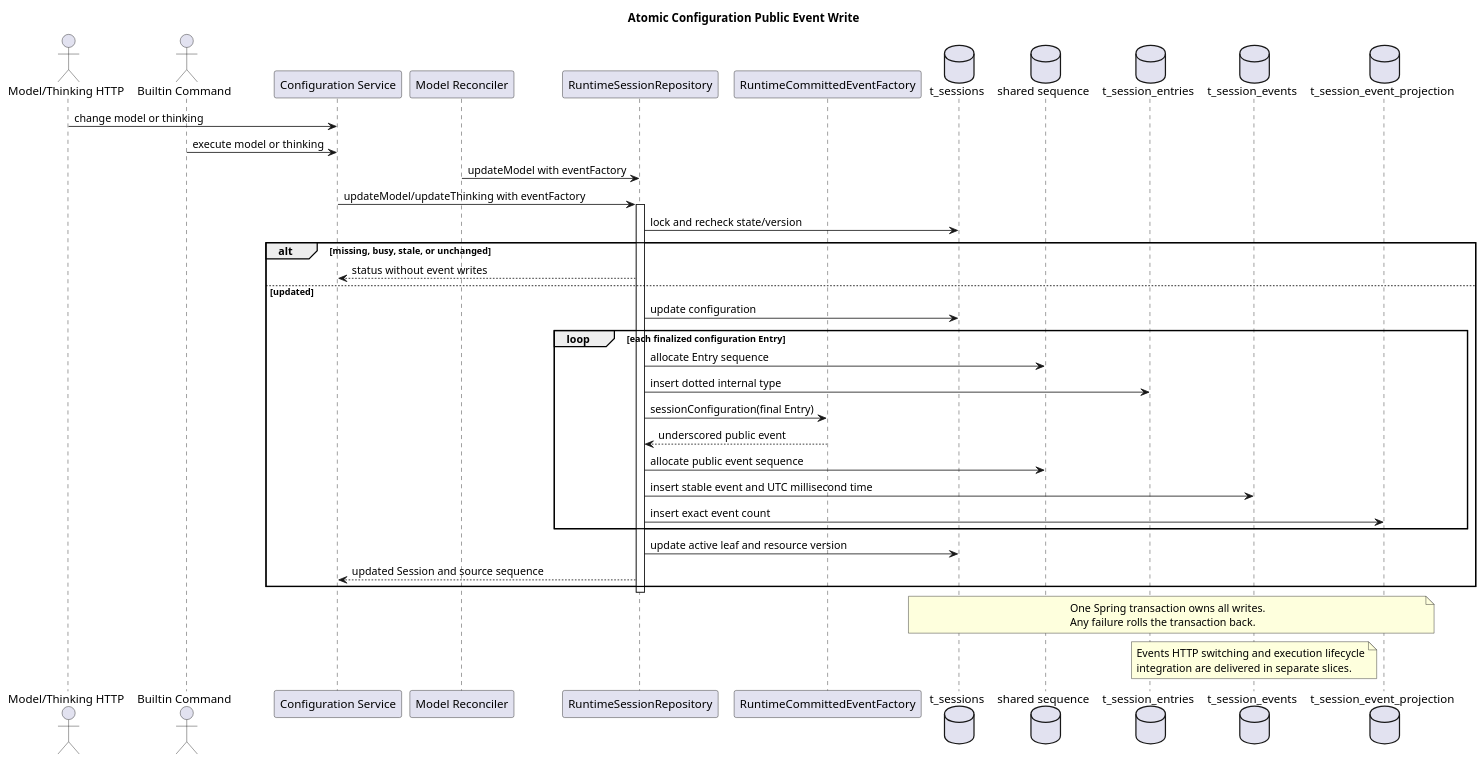
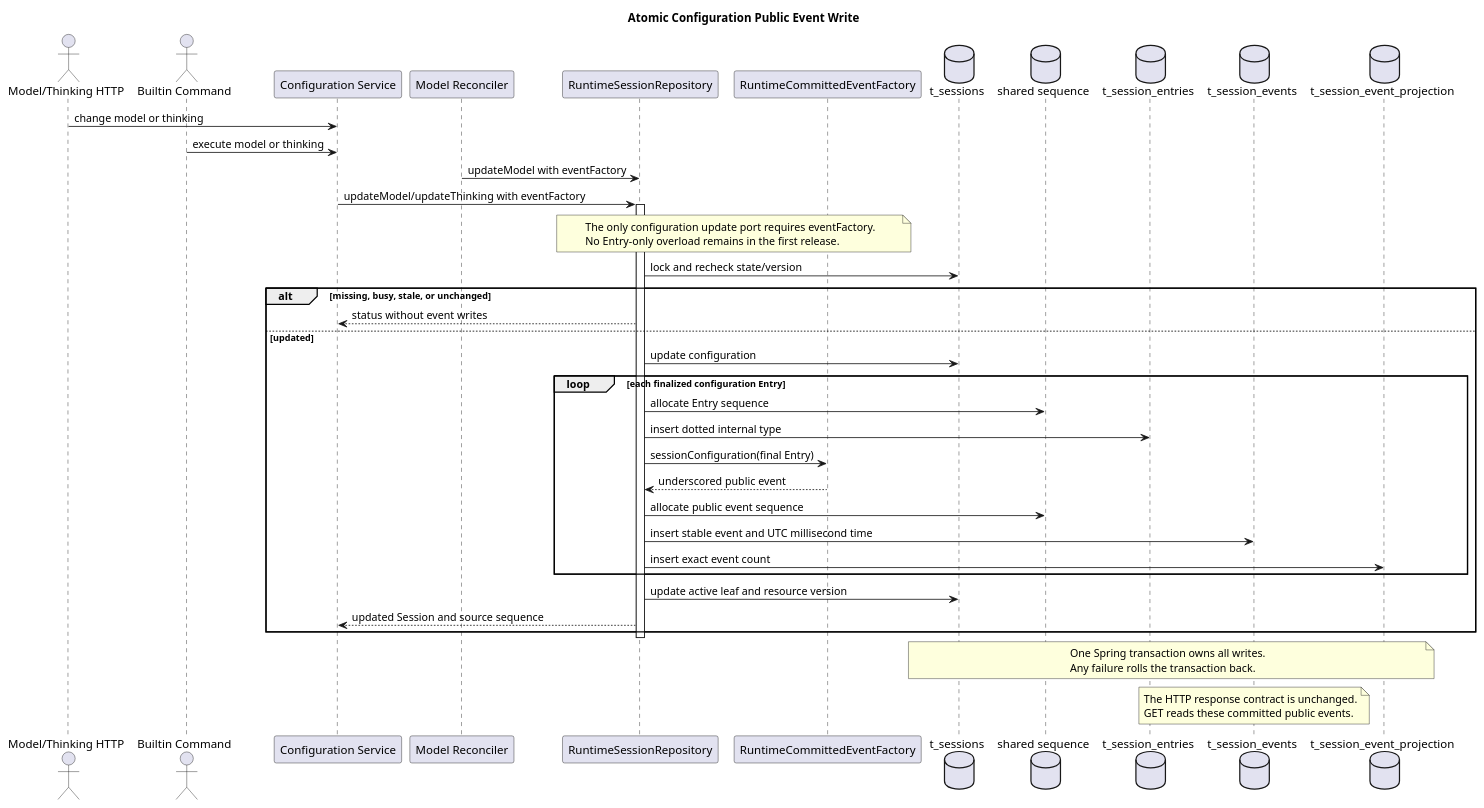
Before and after one commit to 2862282695gjh-afk/pi-mono-java: the diagram in docs/designs/runtime-public-event-writers/diagram.puml, drawn with PlantUML. The commit also changed 4 other files, not shown here.

```diff
--- a/docs/designs/runtime-public-event-writers/diagram.puml
+++ b/docs/designs/runtime-public-event-writers/diagram.puml
@@ -1,63 +1,67 @@
 @startuml configuration_event_write
 title Atomic Configuration Public Event Write
 ' Contract baseline: pi-mono-java-design 2ee2a3211da68ad87b0d9cab353e691b00bdaebd
-' Java baseline: pi-mono-java f5c3a755
-' Implementation commits: 1120583b, f818a41f, 2dd80793, d14e706d
+' Java baseline before cleanup: pi-mono-java 48aac44a
+' Cleanup implementation: bfaedc7e
 ' Source: modules/coding-agent-cli/src/main/java/com/campusclaw/codingagent/runtimeapi/web/RuntimeSessionConfigurationController.java
 ' Source: modules/coding-agent-cli/src/main/java/com/campusclaw/codingagent/runtimeapi/service/command/SessionModelConfigurationService.java#update
 ' Source: modules/coding-agent-cli/src/main/java/com/campusclaw/codingagent/runtimeapi/service/command/SessionThinkingConfigurationService.java#change
 ' Source: modules/coding-agent-cli/src/main/java/com/campusclaw/codingagent/runtimeapi/session/RuntimeSessionModelReconciler.java#reconcile
 ' Source: modules/coding-agent-cli/src/main/java/com/campusclaw/codingagent/runtimeapi/event/RuntimeCommittedEventFactory.java#sessionConfiguration
 ' Source: modules/coding-agent-cli/src/main/java/com/campusclaw/codingagent/runtimeapi/persistence/MyBatisRuntimeSessionRepository.java#appendConfigurationEntries
 ' Pi baseline: 5cd93f688aaab89dbb6dfa4aca535f21796ae185
 ' Pi source: packages/agent/src/agent-loop.ts#runAgentLoop
 ' Pi source: packages/agent/src/agent-loop.ts#prepareToolCall
 ' Observed behavior: pi emits runtime loop events but has no CampusClaw configuration transaction.
 ' Design reason: configuration state, Entry, public event, and exact marker must commit together.
 ' Java divergence: public configuration history is a CampusClaw architecture and HTTP contract change.
 actor "Model/Thinking HTTP" as http
 actor "Builtin Command" as command
 participant "Configuration Service" as service
 participant "Model Reconciler" as reconciler
 participant "RuntimeSessionRepository" as repository
 participant "RuntimeCommittedEventFactory" as factory
 database "t_sessions" as sessions
 database "shared sequence" as sequence
 database "t_session_entries" as entries
 database "t_session_events" as events
 database "t_session_event_projection" as marker
 
 http -> service : change model or thinking
 command -> service : execute model or thinking
 reconciler -> repository : updateModel with eventFactory
 service -> repository : updateModel/updateThinking with eventFactory
 activate repository
+note over repository,factory
+The only configuration update port requires eventFactory.
+No Entry-only overload remains in the first release.
+end note
 repository -> sessions : lock and recheck state/version
 alt missing, busy, stale, or unchanged
   repository --> service : status without event writes
 else updated
   repository -> sessions : update configuration
   loop each finalized configuration Entry
     repository -> sequence : allocate Entry sequence
     repository -> entries : insert dotted internal type
     repository -> factory : sessionConfiguration(final Entry)
     factory --> repository : underscored public event
     repository -> sequence : allocate public event sequence
     repository -> events : insert stable event and UTC millisecond time
     repository -> marker : insert exact event count
   end
   repository -> sessions : update active leaf and resource version
   repository --> service : updated Session and source sequence
 end
 deactivate repository
 
 note over sessions,marker
 One Spring transaction owns all writes.
 Any failure rolls the transaction back.
 end note
 
 note over events
-Events HTTP switching and execution lifecycle
-integration are delivered in separate slices.
+The HTTP response contract is unchanged.
+GET reads these committed public events.
 end note
 @enduml
```
